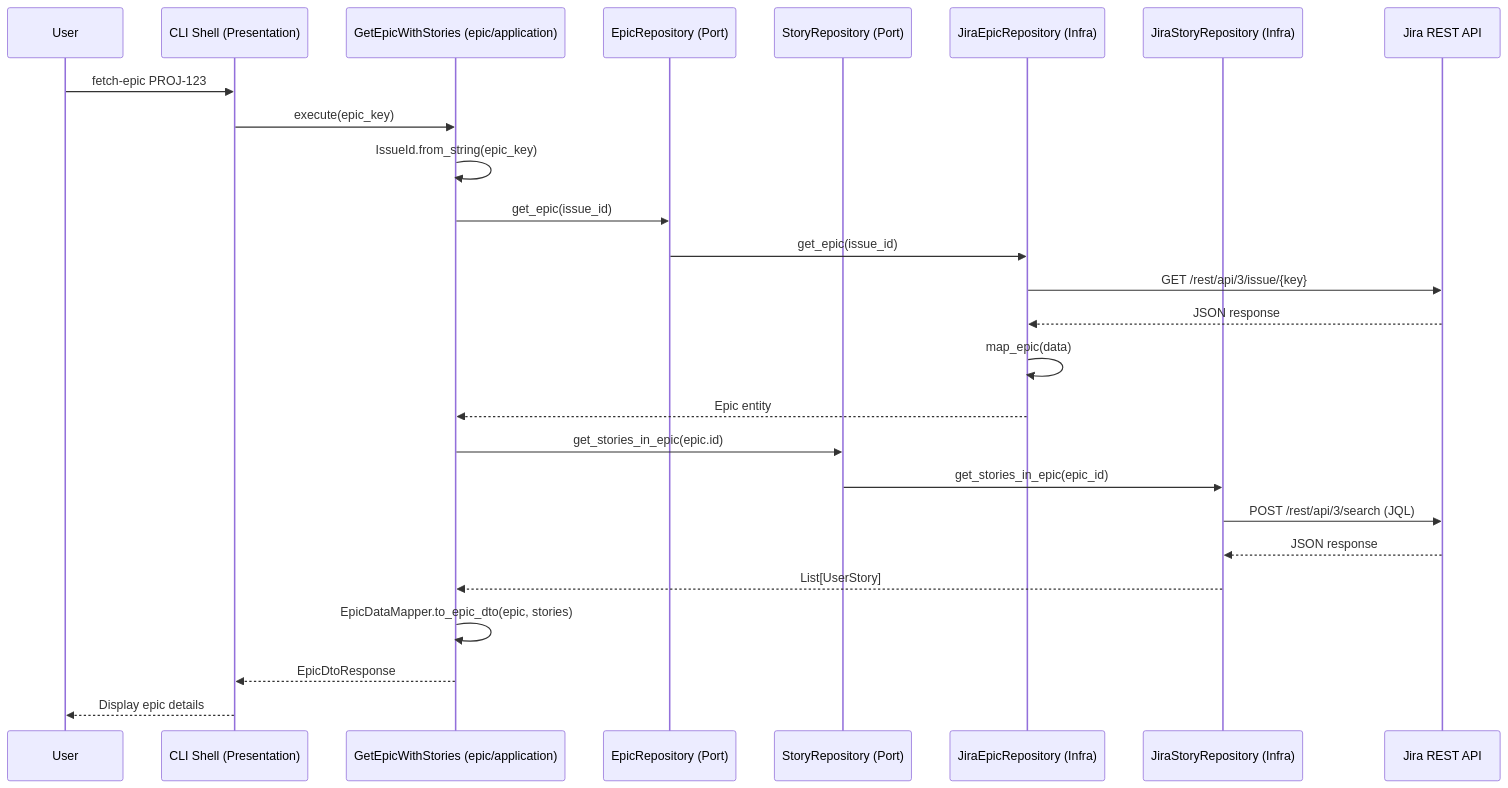
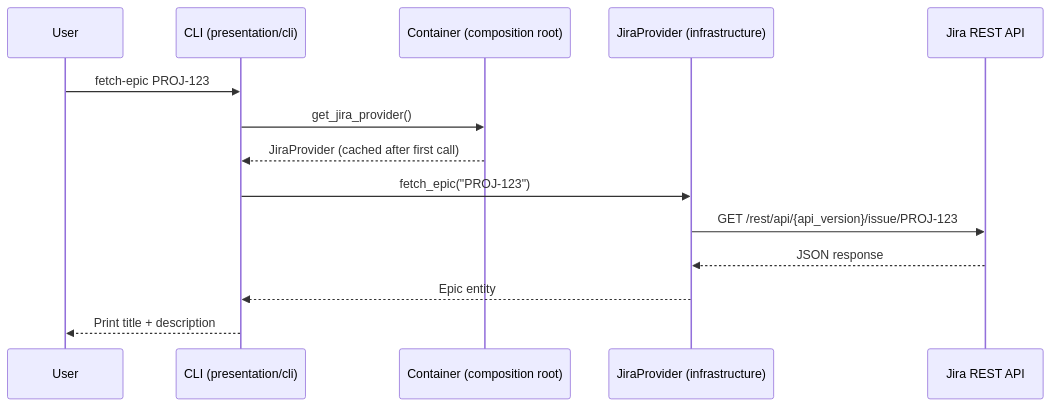
The second of 2 diagrams in docs/architecture/overview.md (alonsovndev/dev-work-wire), drawn with Mermaid before and after one commit. The commit also changed other lines of this file and 23 other files, not shown here.

````diff
--- a/docs/architecture/overview.md
+++ b/docs/architecture/overview.md
@@ -94,29 +56,17 @@
 ```mermaid
 sequenceDiagram
     participant User
-    participant CLI as CLI Shell (Presentation)
-    participant UC as GetEpicWithStories (epic/application)
-    participant ERepo as EpicRepository (Port)
-    participant SRepo as StoryRepository (Port)
-    participant EImpl as JiraEpicRepository (Infra)
-    participant SImpl as JiraStoryRepository (Infra)
+    participant CLI as CLI (presentation/cli)
+    participant Container as Container (composition root)
+    participant Provider as JiraProvider (infrastructure)
     participant Jira as Jira REST API
 
     User->>CLI: fetch-epic PROJ-123
-    CLI->>UC: execute(epic_key)
-    UC->>UC: IssueId.from_string(epic_key)
-    UC->>ERepo: get_epic(issue_id)
-    ERepo->>EImpl: get_epic(issue_id)
-    EImpl->>Jira: GET /rest/api/3/issue/{key}
-    Jira-->>EImpl: JSON response
-    EImpl->>EImpl: map_epic(data)
-    EImpl-->>UC: Epic entity
-    UC->>SRepo: get_stories_in_epic(epic.id)
-    SRepo->>SImpl: get_stories_in_epic(epic_id)
-    SImpl->>Jira: POST /rest/api/3/search (JQL)
-    Jira-->>SImpl: JSON response
-    SImpl-->>UC: List[UserStory]
-    UC->>UC: EpicDataMapper.to_epic_dto(epic, stories)
-    UC-->>CLI: EpicDtoResponse
-    CLI-->>User: Display epic details
+    CLI->>Container: get_jira_provider()
+    Container-->>CLI: JiraProvider (cached after first call)
+    CLI->>Provider: fetch_epic("PROJ-123")
+    Provider->>Jira: GET /rest/api/{api_version}/issue/PROJ-123
+    Jira-->>Provider: JSON response
+    Provider-->>CLI: Epic entity
+    CLI-->>User: Print title + description
 ```
````
